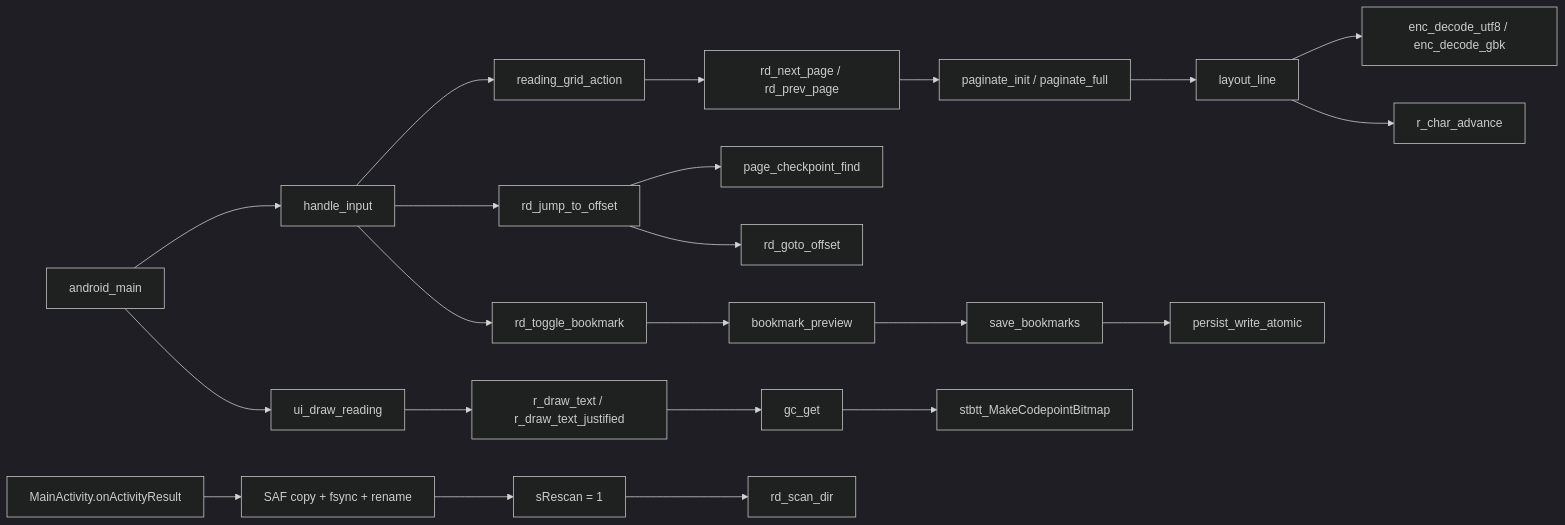
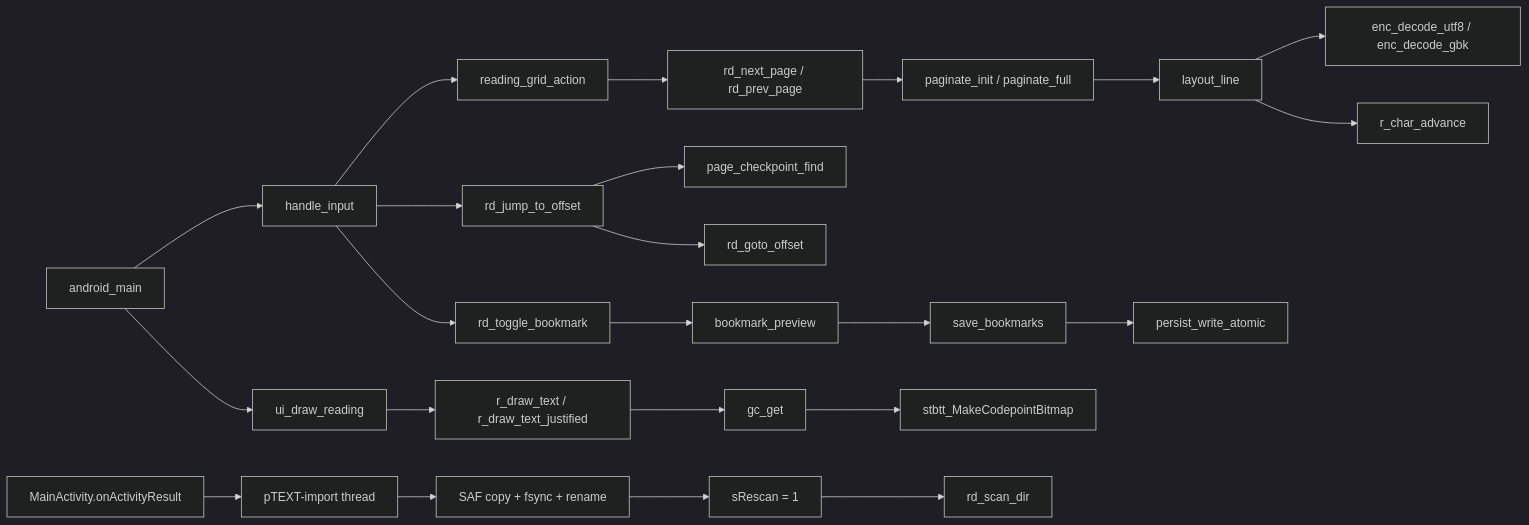
One commit to lulu00147/pTEXT changed the second of 2 diagrams in README.md. Above: the diagram before and after it, drawn with Mermaid (dark theme). The commit also changed other lines of this file, not shown here.

````diff
--- a/README.md
+++ b/README.md
@@ -83,28 +84,29 @@
 ```mermaid
 flowchart LR
   MAIN["android_main"] --> INPUT["handle_input"]
   MAIN --> DRAW["ui_draw_reading"]
   INPUT --> GRID["reading_grid_action"]
   GRID --> NEXT["rd_next_page / rd_prev_page"]
   NEXT --> PAGE["paginate_init / paginate_full"]
   PAGE --> LINE["layout_line"]
   LINE --> DEC["enc_decode_utf8 / enc_decode_gbk"]
   LINE --> ADV["r_char_advance"]
 
   DRAW --> TEXT["r_draw_text / r_draw_text_justified"]
   TEXT --> GC["gc_get"]
   GC --> STB["stbtt_MakeCodepointBitmap"]
 
   INPUT --> JUMP["rd_jump_to_offset"]
   JUMP --> CKPT["page_checkpoint_find"]
   JUMP --> GOTO["rd_goto_offset"]
 
   INPUT --> BM["rd_toggle_bookmark"]
   BM --> PREVIEW["bookmark_preview"]
   PREVIEW --> SAVE["save_bookmarks"]
   SAVE --> WRITE["persist_write_atomic"]
 
-  JAVA["MainActivity.onActivityResult"] --> COPY["SAF copy + fsync + rename"]
+  JAVA["MainActivity.onActivityResult"] --> ASYNC["pTEXT-import thread"]
+  ASYNC --> COPY["SAF copy + fsync + rename"]
   COPY --> FLAG["sRescan = 1"]
   FLAG --> SCAN["rd_scan_dir"]
 ```
````
